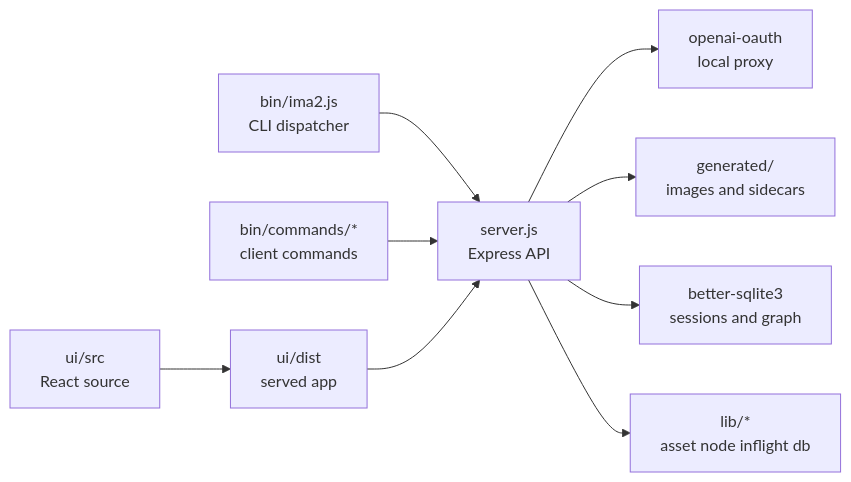
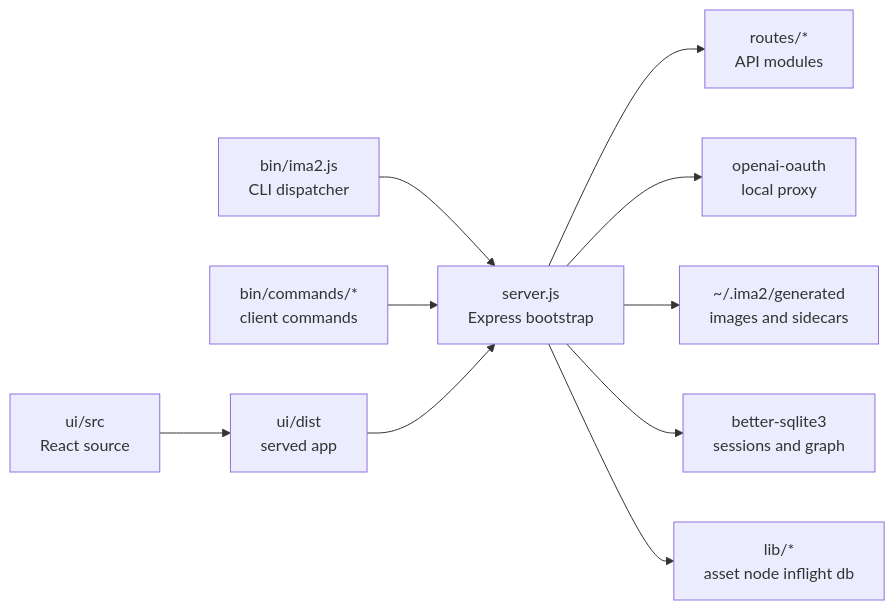
Before and after one commit to ChatPoongKun/ima2-gen: the diagram in structure/00-structure-hub.md, drawn with Mermaid. The commit also changed other lines of this file and 7 other files, not shown here.

Commit message:
docs: refresh roadmap after card news planning

````diff
--- a/structure/00-structure-hub.md
+++ b/structure/00-structure-hub.md
@@ -21,11 +21,12 @@
 ```mermaid
 graph LR
-    CLI["bin/ima2.js<br/>CLI dispatcher"] --> API["server.js<br/>Express API"]
+    CLI["bin/ima2.js<br/>CLI dispatcher"] --> API["server.js<br/>Express bootstrap"]
     CMDS["bin/commands/*<br/>client commands"] --> API
     WEB["ui/dist<br/>served app"] --> API
     SRC["ui/src<br/>React source"] --> WEB
+    API --> ROUTES["routes/*<br/>API modules"]
     API --> OAUTH["openai-oauth<br/>local proxy"]
-    API --> GEN["generated/<br/>images and sidecars"]
+    API --> GEN["~/.ima2/generated<br/>images and sidecars"]
     API --> DB["better-sqlite3<br/>sessions and graph"]
     API --> LIB["lib/*<br/>asset node inflight db"]
 ```
````
